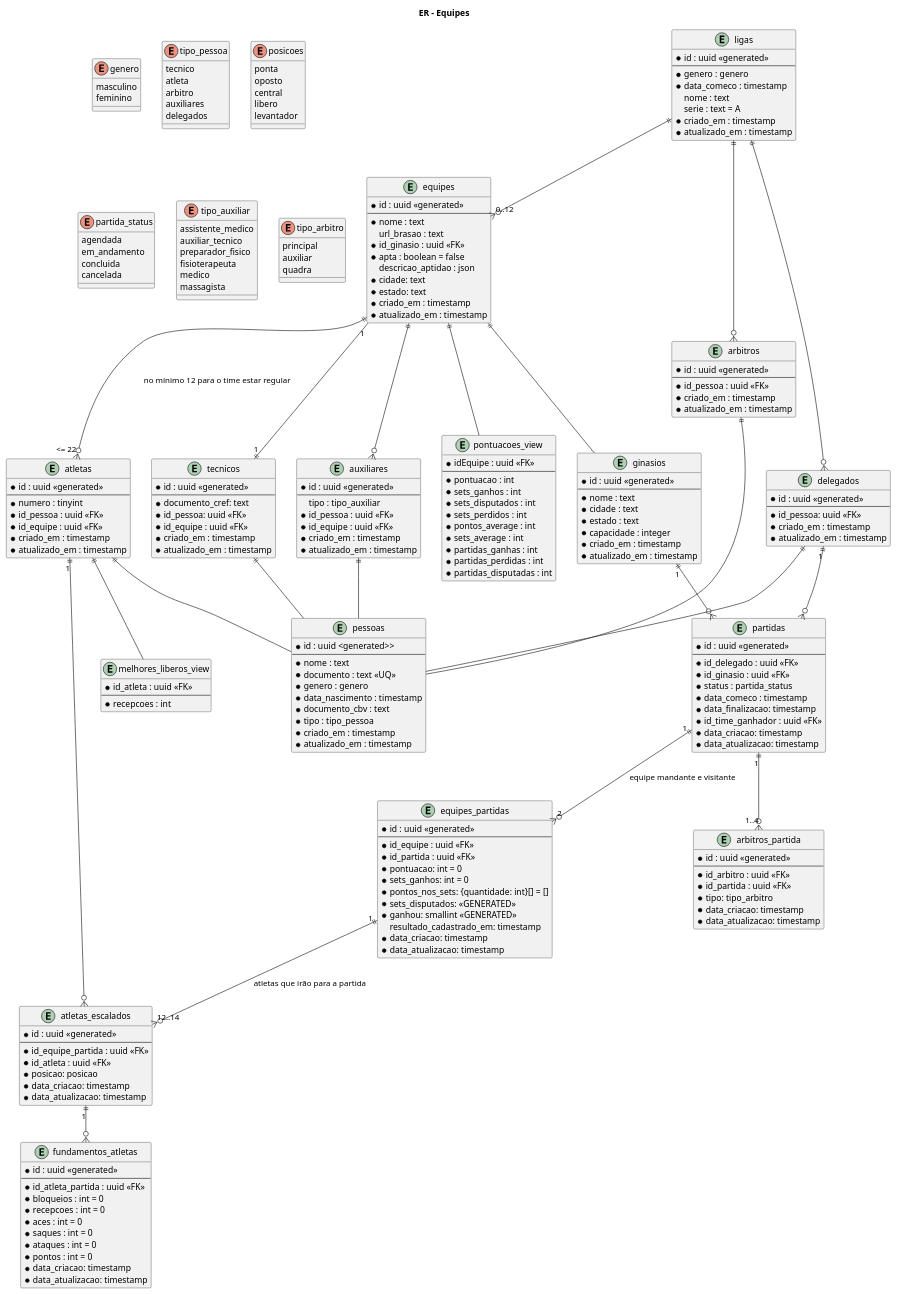
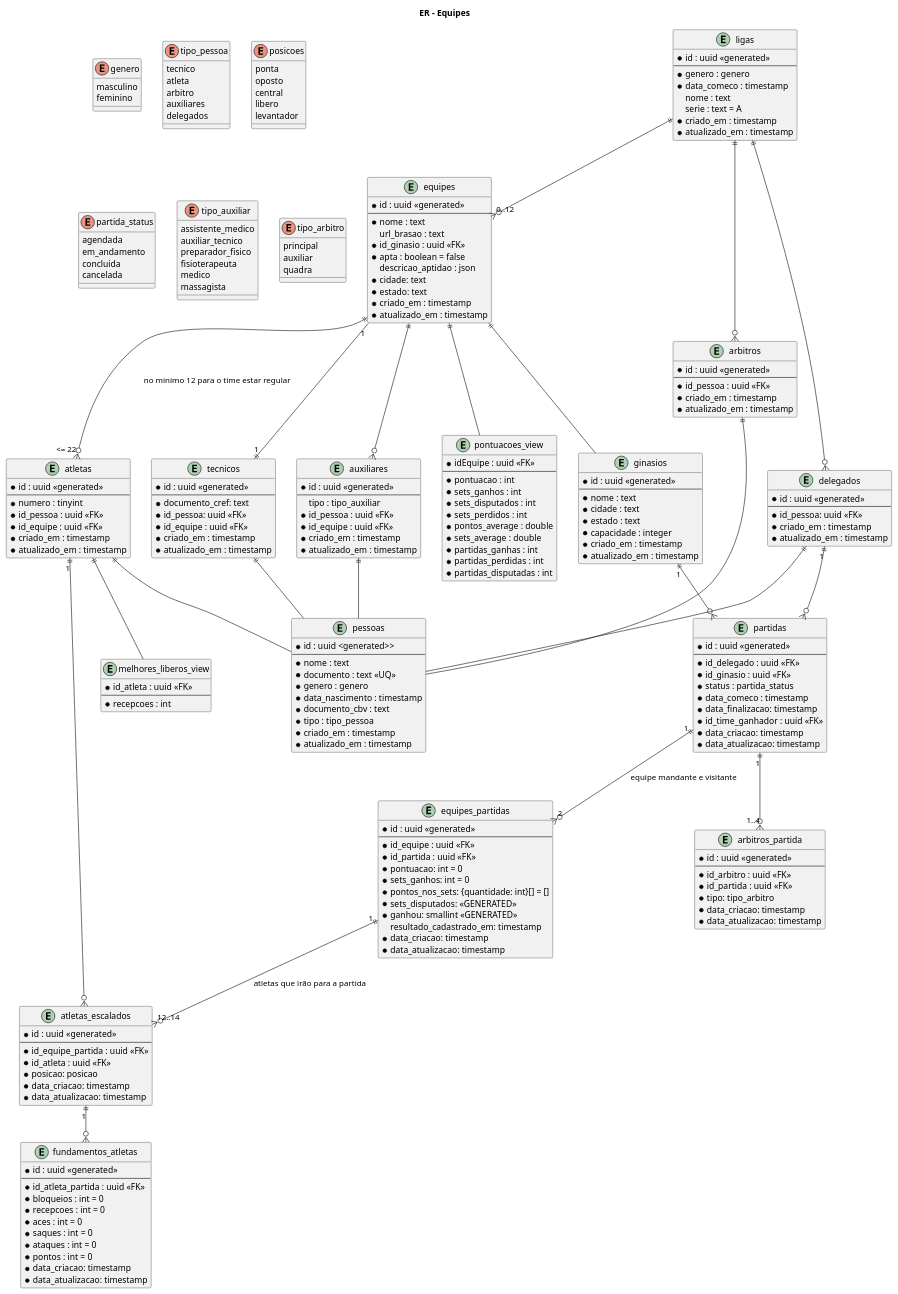
Before and after one commit to josecleiton/volleyball-api: the diagram in documentation/volei.puml, drawn with PlantUML. The commit also changed 2 other files, not shown here.

Commit message:
docs: atualiza er

```diff
--- a/documentation/volei.puml
+++ b/documentation/volei.puml
@@ -210,8 +210,8 @@
 	* sets_ganhos : int
 	* sets_disputados : int
 	* sets_perdidos : int
-	* pontos_average : int
-	* sets_average : int
+	* pontos_average : double
+	* sets_average : double
 	* partidas_ganhas : int
 	* partidas_perdidas : int
 	* partidas_disputadas : int
```
